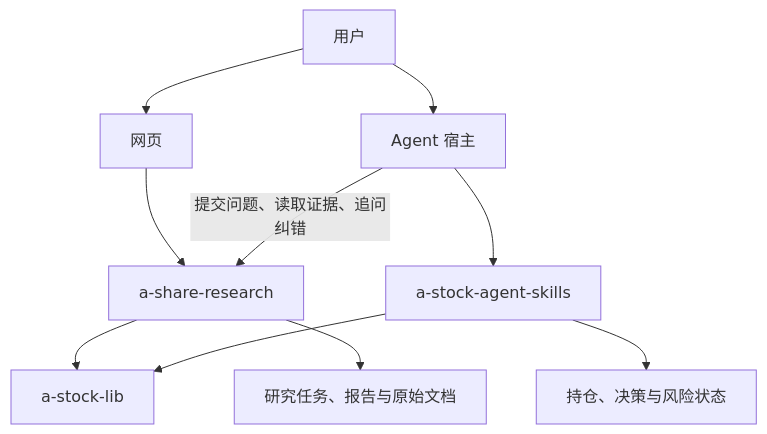
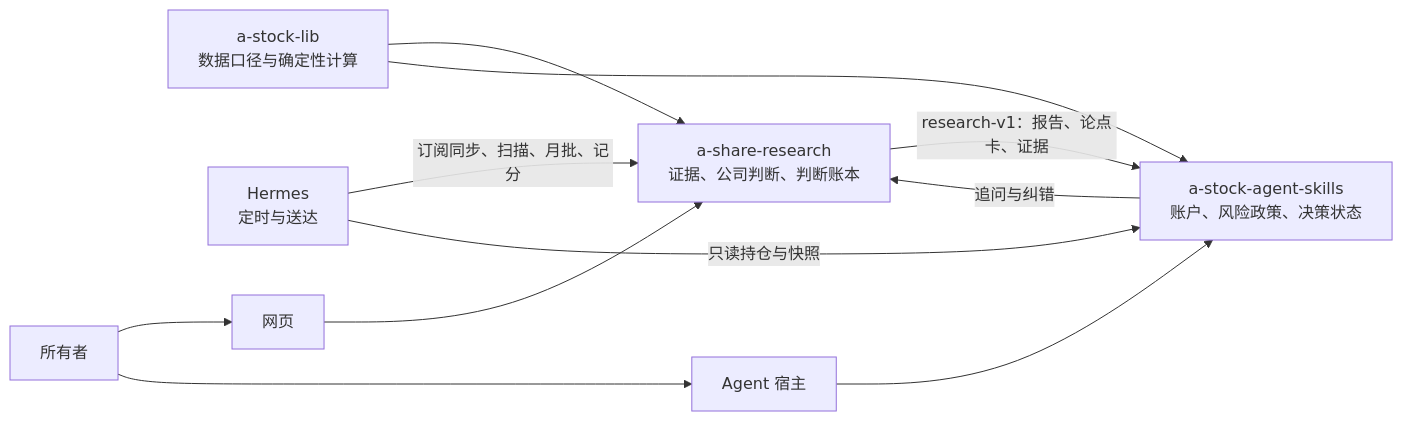
Before and after one commit to on195594/a-share-research: the diagram in docs/project-contract.md, drawn with Mermaid. The commit also changed other lines of this file and 5 other files, not shown here.

First line of the commit message:
docs: rewrite cross-project architecture contract and AI evolution roadmap

````diff
--- a/docs/project-contract.md
+++ b/docs/project-contract.md
@@ -11,12 +11,11 @@
 ```mermaid
-flowchart TD
-    U[用户] --> W[网页]
-    W --> R[a-share-research]
-    U --> H[Agent 宿主]
-    H --> S[a-stock-agent-skills]
-    R --> L[a-stock-lib]
-    S --> L
-    R --> RD[研究任务、报告与原始文档]
-    S --> SD[持仓、决策与风险状态]
-    H -->|提交问题、读取证据、追问纠错| R
+flowchart LR
+    L[a-stock-lib<br/>数据口径与确定性计算] --> R
+    L --> S
+    R[a-share-research<br/>证据、公司判断、判断账本] -->|research-v1：报告、论点卡、证据| S[a-stock-agent-skills<br/>账户、风险政策、决策状态]
+    S -->|追问与纠错| R
+    H[Hermes<br/>定时与送达] -->|订阅同步、扫描、月批、记分| R
+    H -->|只读持仓与快照| S
+    U[所有者] --> W[网页] --> R
+    U --> A[Agent 宿主] --> S
 ```
````
